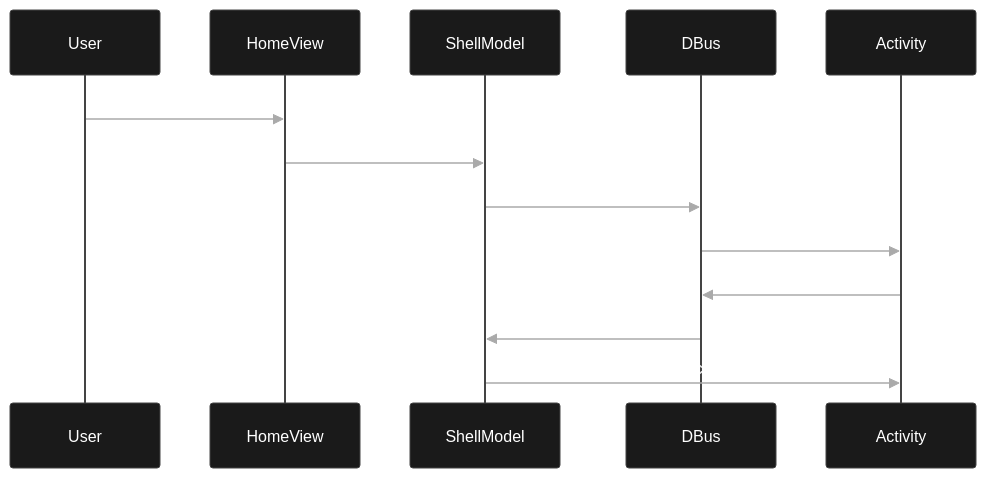
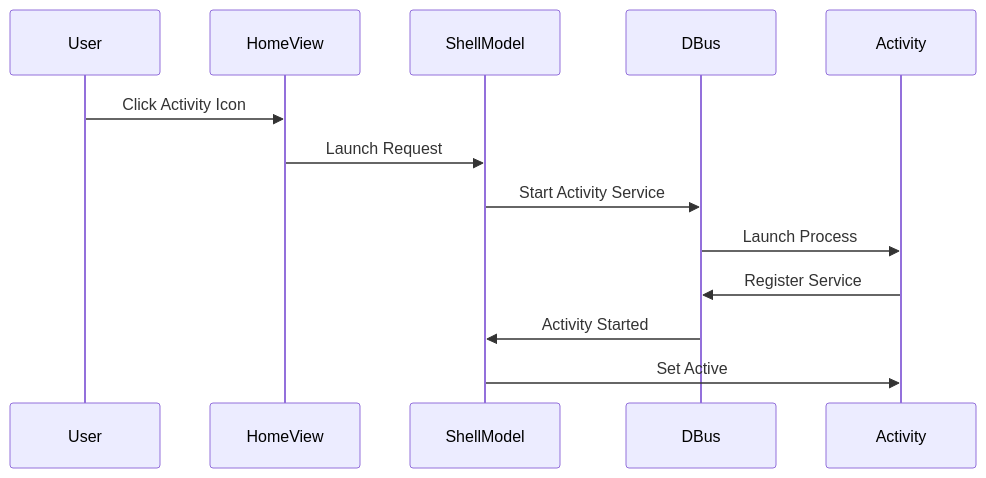
The second of 9 diagrams in proposal.md (Dev10-sys/sugar-proposal-gtk), drawn with Mermaid before and after one commit. The commit also changed other lines of this file, not shown here.

Commit message:
Convert diagrams to crisp light theme based on reference photos

````diff
--- a/proposal.md
+++ b/proposal.md
@@ -218,17 +217,16 @@
 ```mermaid
-%%{init: {'theme': 'base', 'themeVariables': {'background': '#0a0a0a', 'primaryColor': '#1a1a1a', 'primaryBorderColor': '#444444', 'lineColor': '#888888', 'textColor': '#ffffff', 'actorBkg': '#1a1a1a', 'actorTextColor': '#ffffff', 'signalColor': '#aaaaaa', 'signalTextColor': '#ffffff', 'fontSize': '15px'}}}%%
 sequenceDiagram
     participant User
     participant HomeView
     participant ShellModel
     participant DBus
     participant Activity
 
     User->>HomeView: Click Activity Icon
     HomeView->>ShellModel: Launch Request
     ShellModel->>DBus: Start Activity Service
     DBus->>Activity: Launch Process
     Activity->>DBus: Register Service
     DBus->>ShellModel: Activity Started
     ShellModel->>Activity: Set Active
 ```
````
